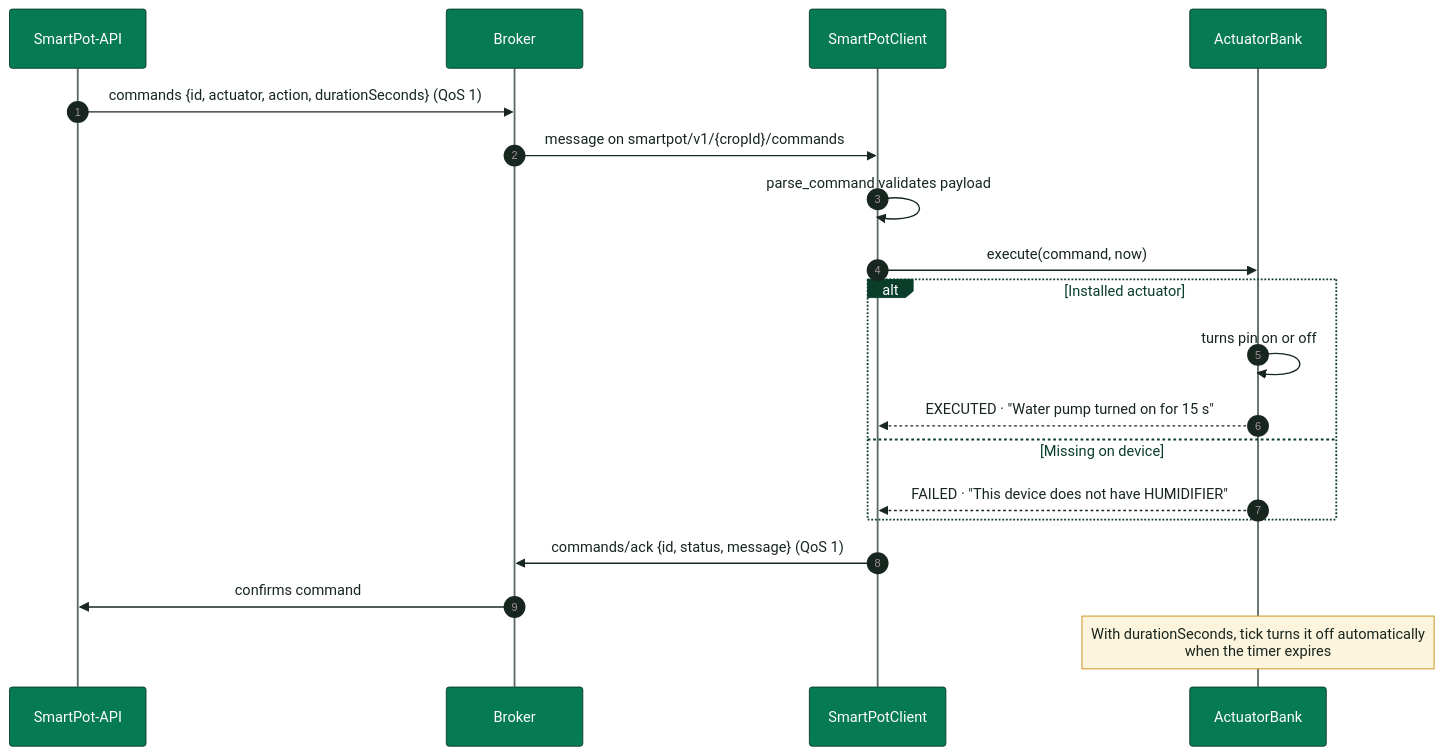
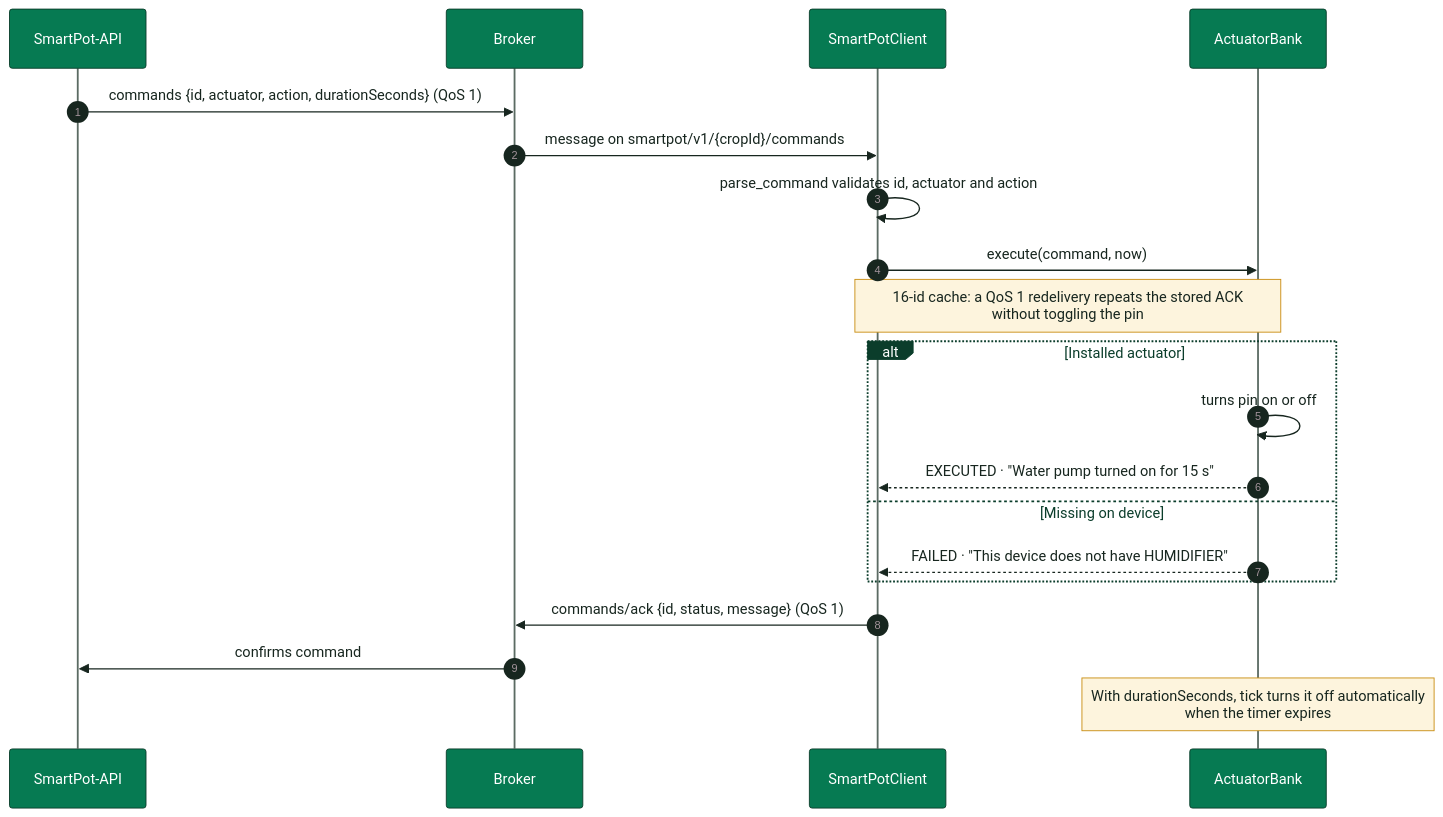
The third of 3 diagrams in docs/SmartPot_IoT_Documentation.md (SmartPotTech/SmartPot-IoT-Python), drawn with Mermaid before and after one commit. The commit also changed other lines of this file and 4 other files, not shown here.

````diff
--- a/docs/SmartPot_IoT_Documentation.md
+++ b/docs/SmartPot_IoT_Documentation.md
@@ -134,22 +134,23 @@
 ```mermaid
 %%{init: {"theme": "base", "fontFamily": "Segoe UI, Arial, sans-serif", "themeVariables": {"fontFamily": "Segoe UI, Arial, sans-serif", "fontSize": "15px", "primaryColor": "#DDF5EA", "primaryTextColor": "#17261F", "primaryBorderColor": "#067A52", "secondaryColor": "#E3F2FB", "secondaryTextColor": "#17261F", "secondaryBorderColor": "#1F6FA0", "tertiaryColor": "#F2F7F4", "tertiaryTextColor": "#17261F", "tertiaryBorderColor": "#D5E3DC", "lineColor": "#5B6B63", "textColor": "#17261F", "mainBkg": "#DDF5EA", "nodeBorder": "#067A52", "clusterBkg": "#F7FAF8", "clusterBorder": "#D5E3DC", "edgeLabelBackground": "#FFFFFF", "actorBkg": "#067A52", "actorBorder": "#0B3D2B", "actorTextColor": "#FFFFFF", "actorLineColor": "#5B6B63", "signalColor": "#17261F", "signalTextColor": "#17261F", "labelBoxBkgColor": "#0B3D2B", "labelBoxBorderColor": "#0B3D2B", "labelTextColor": "#FFFFFF", "loopTextColor": "#0B3D2B", "noteBkgColor": "#FDF4DD", "noteBorderColor": "#C98D12", "noteTextColor": "#17261F", "activationBkgColor": "#DDF5EA", "activationBorderColor": "#067A52", "attributeBackgroundColorOdd": "#FFFFFF", "attributeBackgroundColorEven": "#F2F7F4"}}}%%
 sequenceDiagram
   autonumber
   participant A as SmartPot-API
   participant B as Broker
   participant C as SmartPotClient
   participant K as ActuatorBank
   A->>B: commands {id, actuator, action, durationSeconds} (QoS 1)
   B->>C: message on smartpot/v1/{cropId}/commands
-  C->>C: parse_command validates payload
+  C->>C: parse_command validates id, actuator and action
   C->>K: execute(command, now)
+  Note over C,K: 16-id cache: a QoS 1 redelivery repeats the stored ACK<br/>without toggling the pin
   alt Installed actuator
     K->>K: turns pin on or off
     K-->>C: EXECUTED · "Water pump turned on for 15 s"
   else Missing on device
     K-->>C: FAILED · "This device does not have HUMIDIFIER"
   end
   C->>B: commands/ack {id, status, message} (QoS 1)
   B->>A: confirms command
   Note over K: With durationSeconds, tick turns it off automatically<br/>when the timer expires
 ```
````
